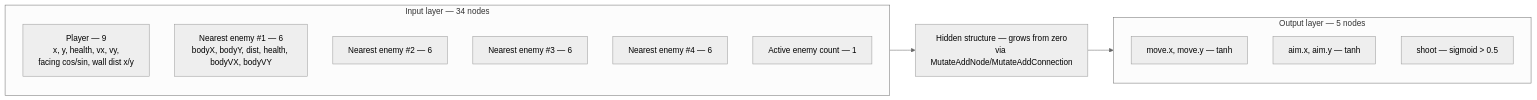
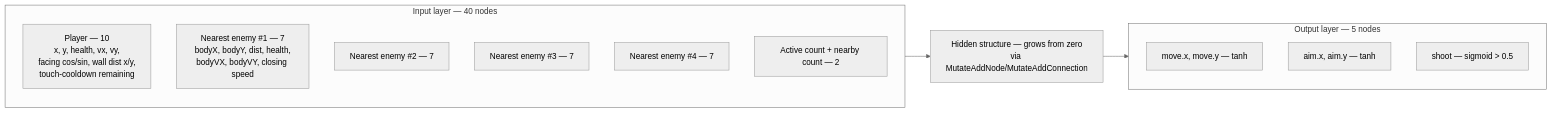
One commit to nikhilCad/shooter-neuroevolution changed the first of 2 diagrams in ARCHITECTURE.md. Above: the diagram before and after it, drawn with Mermaid (neutral theme). The commit also changed other lines of this file and 10 other files, not shown here.

Commit message:
Enemy comes from all sides, NEAT nodes visualizer

````diff
--- a/ARCHITECTURE.md
+++ b/ARCHITECTURE.md
@@ -57,21 +59,21 @@
 ```mermaid
 flowchart LR
-    subgraph Inputs["Input layer — 34 nodes"]
+    subgraph Inputs["Input layer — 40 nodes"]
         direction TB
-        P["Player — 9<br/>x, y, health, vx, vy,<br/>facing cos/sin, wall dist x/y"]
-        E0["Nearest enemy #1 — 6<br/>bodyX, bodyY, dist, health, bodyVX, bodyVY"]
-        E1["Nearest enemy #2 — 6"]
-        E2["Nearest enemy #3 — 6"]
-        E3["Nearest enemy #4 — 6"]
-        C["Active enemy count — 1"]
+        P["Player — 10<br/>x, y, health, vx, vy,<br/>facing cos/sin, wall dist x/y,<br/>touch-cooldown remaining"]
+        E0["Nearest enemy #1 — 7<br/>bodyX, bodyY, dist, health,<br/>bodyVX, bodyVY, closing speed"]
+        E1["Nearest enemy #2 — 7"]
+        E2["Nearest enemy #3 — 7"]
+        E3["Nearest enemy #4 — 7"]
+        C["Active count + nearby count — 2"]
     end
     Inputs --> G["Hidden structure — grows from zero<br/>via MutateAddNode/MutateAddConnection"]
     G --> Outputs
 
     subgraph Outputs["Output layer — 5 nodes"]
         direction TB
         M["move.x, move.y — tanh"]
         A["aim.x, aim.y — tanh"]
         S["shoot — sigmoid > 0.5"]
     end
 ```
````
